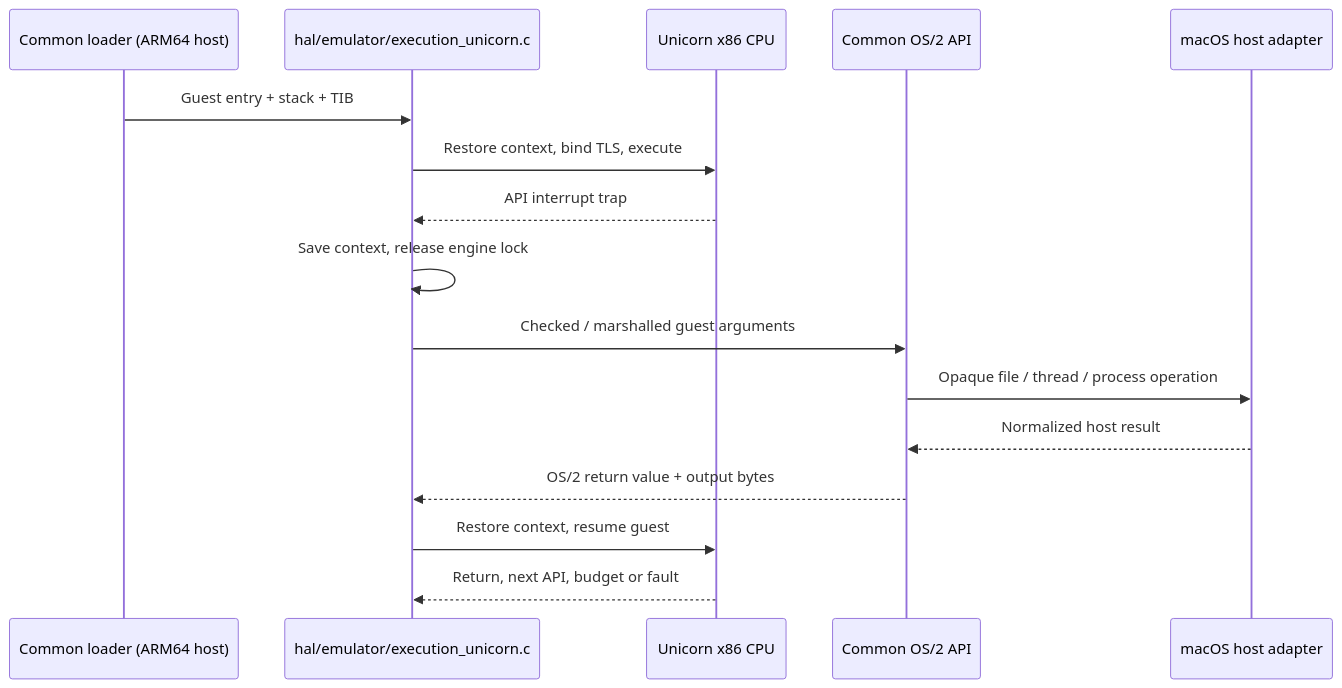
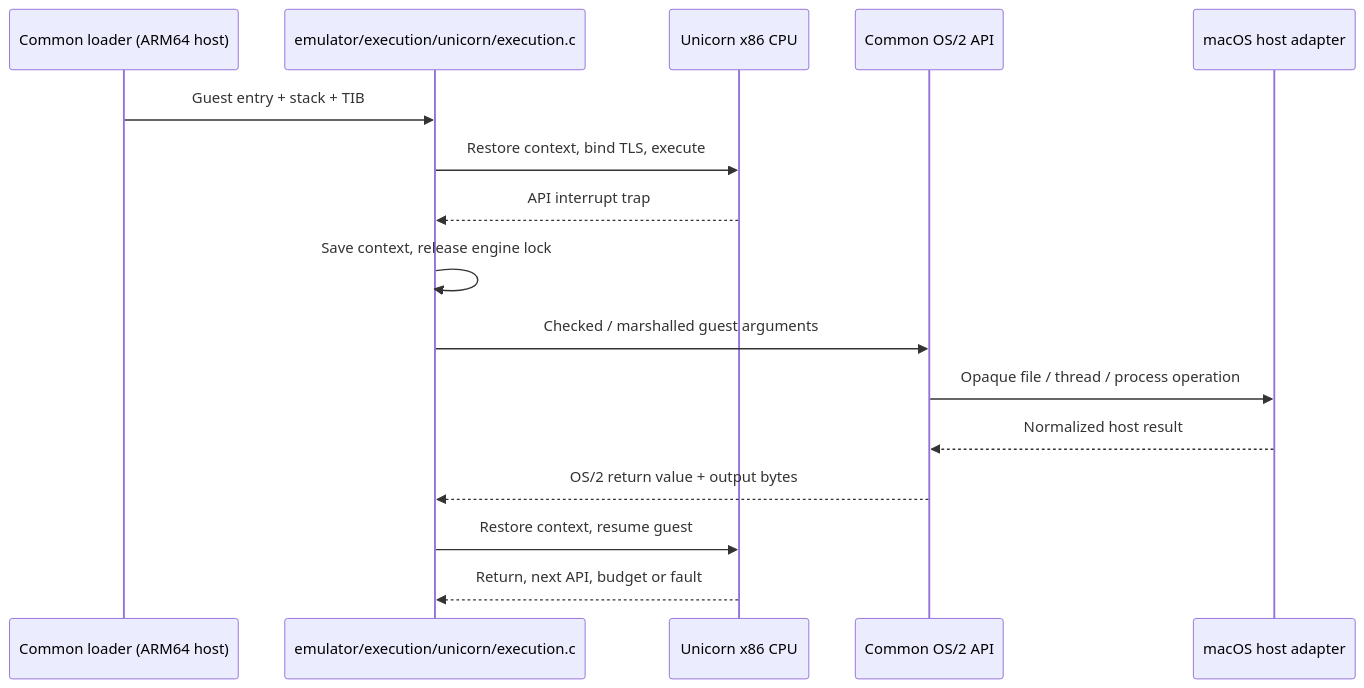
Before and after one commit to bitwisecook/2ine: the fourth of 9 diagrams in docs/architecture.md, drawn with Mermaid. The commit also changed other lines of this file and 23 other files, not shown here.

First line of the commit message:
Move the execution backends to emulator/execution

````diff
--- a/docs/architecture.md
+++ b/docs/architecture.md
@@ -147,18 +147,18 @@
 ```mermaid
 sequenceDiagram
     participant Loader as Common loader (ARM64 host)
-    participant Exec as hal/emulator/execution_unicorn.c
+    participant Exec as emulator/execution/unicorn/execution.c
     participant CPU as Unicorn x86 CPU
     participant API as Common OS/2 API
     participant Host as macOS host adapter
     Loader->>Exec: Guest entry + stack + TIB
     Exec->>CPU: Restore context, bind TLS, execute
     CPU-->>Exec: API interrupt trap
     Exec->>Exec: Save context, release engine lock
     Exec->>API: Checked / marshalled guest arguments
     API->>Host: Opaque file / thread / process operation
     Host-->>API: Normalized host result
     API-->>Exec: OS/2 return value + output bytes
     Exec->>CPU: Restore context, resume guest
     CPU-->>Exec: Return, next API, budget or fault
 ```
````
